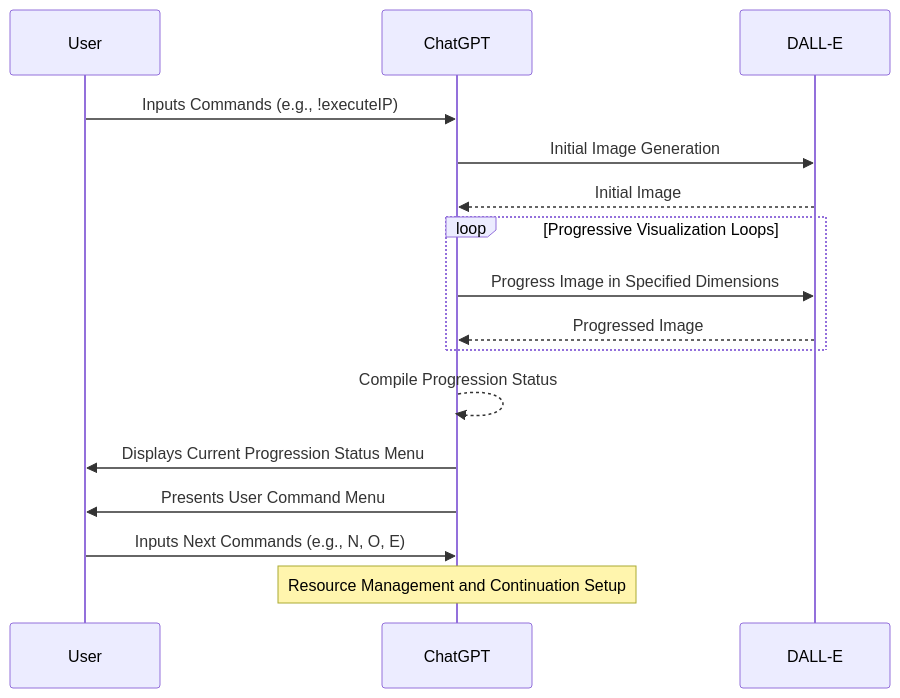
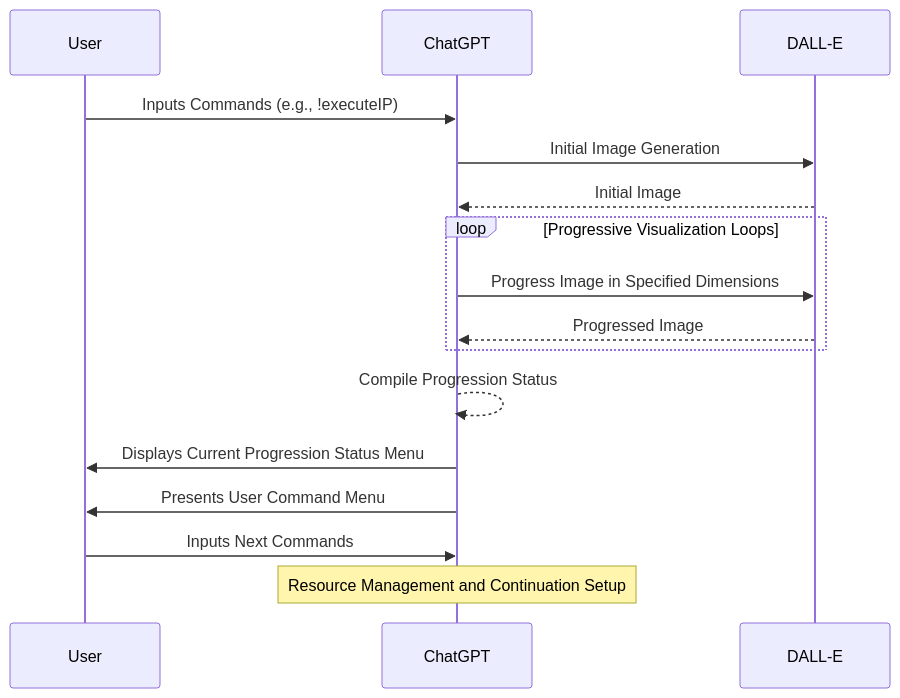
The first of 11 diagrams in README.md (nerority/Advanced-GPTs), drawn with Mermaid before and after one commit.

````diff
--- a/README.md
+++ b/README.md
@@ -79,19 +79,19 @@
 ```mermaid
 sequenceDiagram
     participant User
     participant ChatGPT
     participant DallE as DALL-E
 
     User->>ChatGPT: Inputs Commands (e.g., !executeIP)
     ChatGPT->>DallE: Initial Image Generation
     DallE-->>ChatGPT: Initial Image
     loop Progressive Visualization Loops
         ChatGPT->>DallE: Progress Image in Specified Dimensions
         DallE-->>ChatGPT: Progressed Image
     end
     ChatGPT-->>ChatGPT: Compile Progression Status
     ChatGPT->>User: Displays Current Progression Status Menu
     ChatGPT->>User: Presents User Command Menu
-    User->>ChatGPT: Inputs Next Commands (e.g., N, O, E)
+    User->>ChatGPT: Inputs Next Commands
     Note over ChatGPT: Resource Management and Continuation Setup
 ```
````
